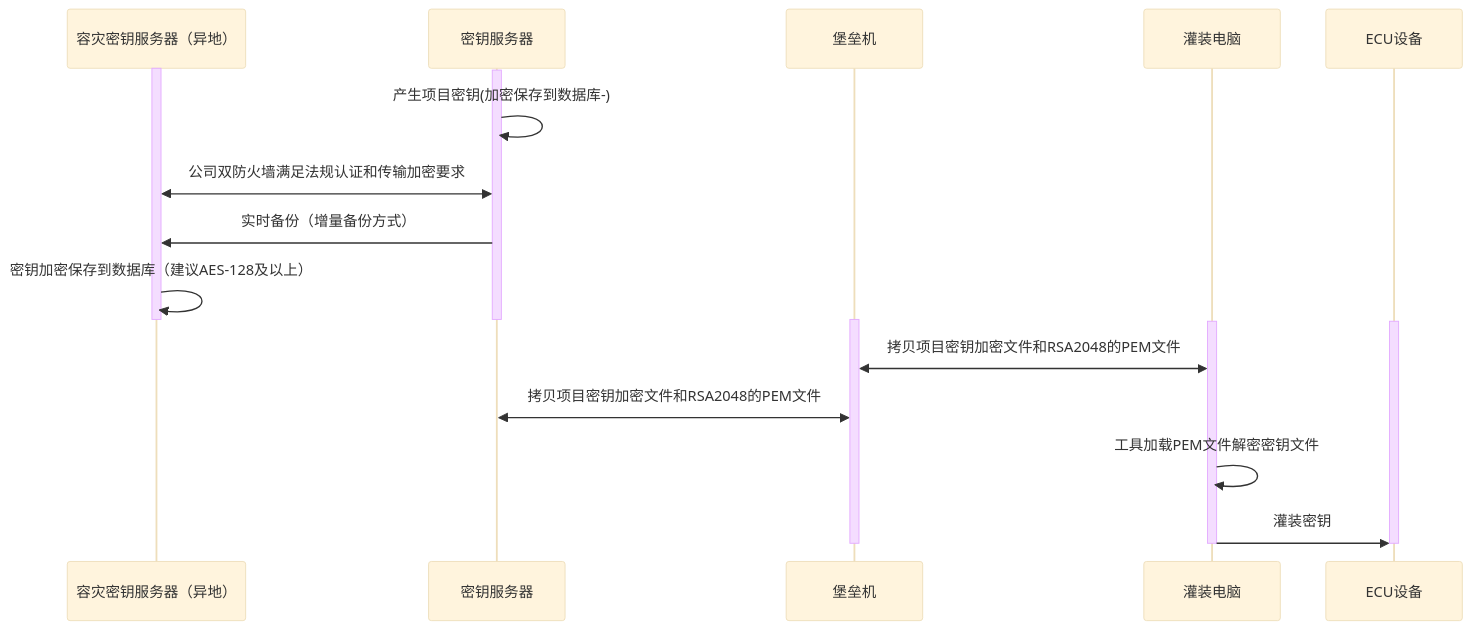
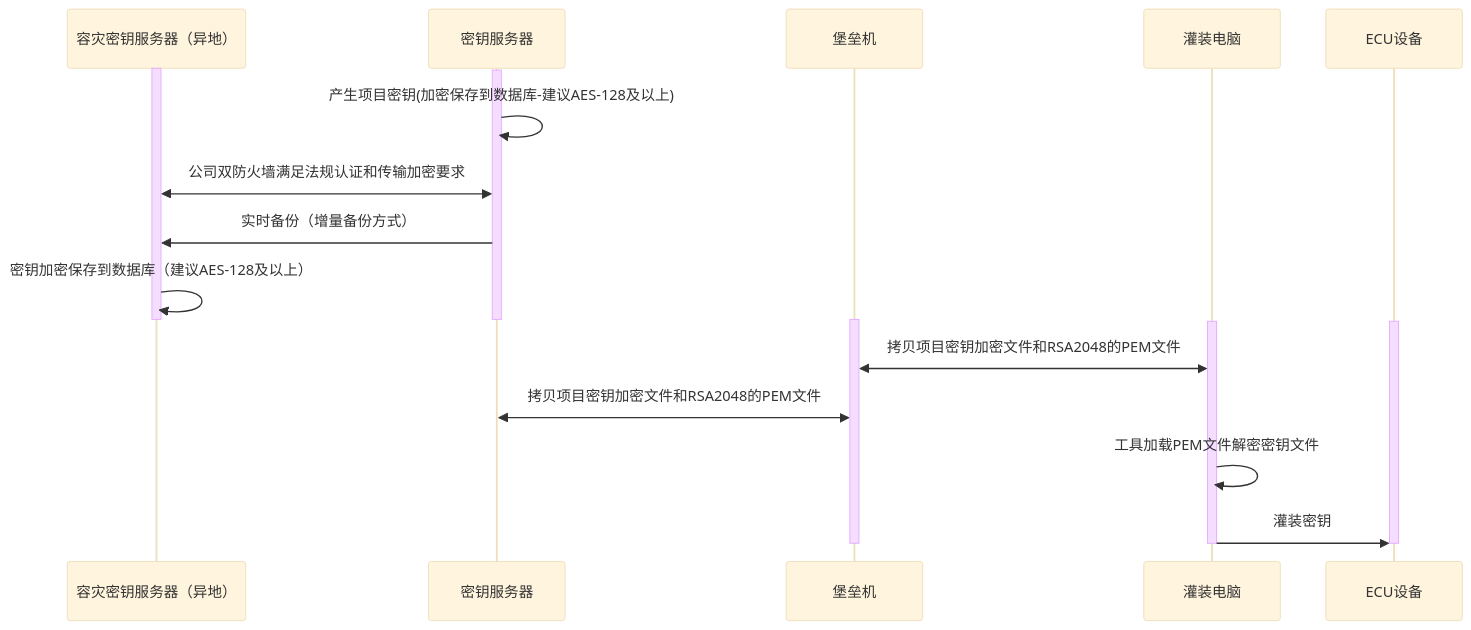
One commit to facebook-cloud/iodraw-files changed the diagram in all/未命名-15.md. Above: the diagram before and after it, drawn with Mermaid (base theme).

Commit message:
2026-02-07 10:27:54 update

````diff
--- a/all/未命名-15.md
+++ b/all/未命名-15.md
@@ -1,30 +1,30 @@
 ```mermaid
 sequenceDiagram
     participant A as 容灾密钥服务器（异地）
     participant B as 密钥服务器
     participant C as 堡垒机
     participant D as 灌装电脑
     participant E as ECU设备
 
     activate A
     activate B
-    B->>B: 产生项目密钥(加密保存到数据库-)
+    B->>B: 产生项目密钥(加密保存到数据库-建议AES-128及以上)
     A<<->>B: 公司双防火墙满足法规认证和传输加密要求
     B->>A: 实时备份（增量备份方式）
     A->>A: 密钥加密保存到数据库（建议AES-128及以上）
     deactivate B
     deactivate A
 
     activate C
     activate D
     activate E
 
     D<<->>C: 拷贝项目密钥加密文件和RSA2048的PEM文件
     C<<->>B: 拷贝项目密钥加密文件和RSA2048的PEM文件
     D->>D:工具加载PEM文件解密密钥文件
     D->>E: 灌装密钥
     deactivate C
     deactivate D
     deactivate E
 
 ```
````
